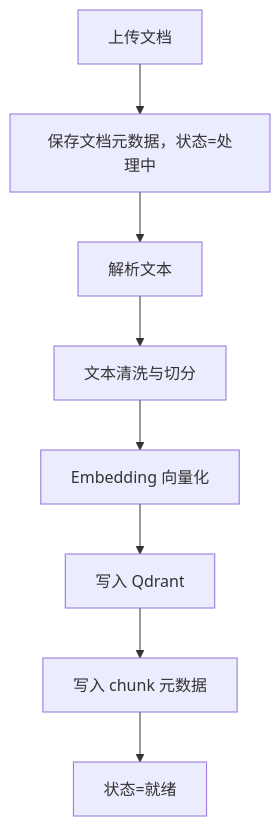
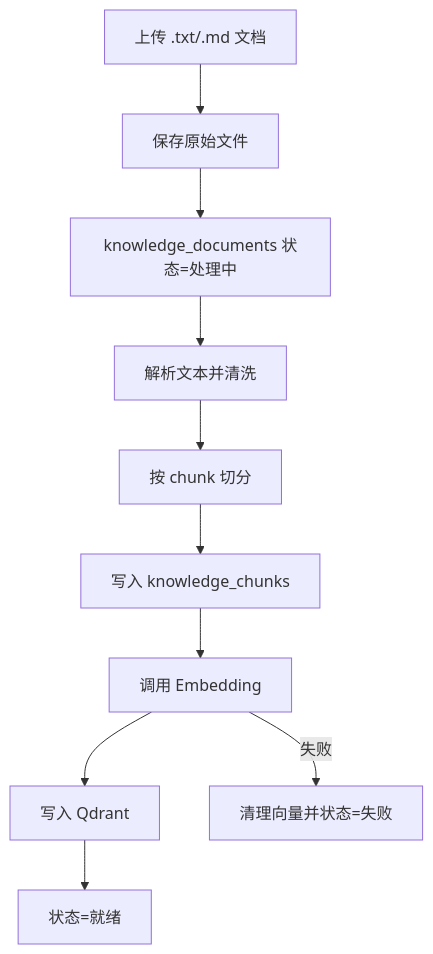
Before and after one commit to Itachi852/aegisdesk-ai: the third of 6 diagrams in docs/业务流程说明.md, drawn with Mermaid. The commit also changed other lines of this file and 38 other files, not shown here.

````diff
--- a/docs/业务流程说明.md
+++ b/docs/业务流程说明.md
@@ -5,10 +50,12 @@
 ```mermaid
 flowchart TD
-  A["上传文档"] --> B["保存文档元数据，状态=处理中"]
-  B --> C["解析文本"]
-  C --> D["文本清洗与切分"]
-  D --> E["Embedding 向量化"]
-  E --> F["写入 Qdrant"]
-  F --> G["写入 chunk 元数据"]
-  G --> H["状态=就绪"]
+    A["上传 .txt/.md 文档"] --> B["保存原始文件"]
+    B --> C["knowledge_documents 状态=处理中"]
+    C --> D["解析文本并清洗"]
+    D --> E["按 chunk 切分"]
+    E --> F["写入 knowledge_chunks"]
+    F --> G["调用 Embedding"]
+    G --> H["写入 Qdrant"]
+    H --> I["状态=就绪"]
+    G -->|失败| J["清理向量并状态=失败"]
 ```
````
